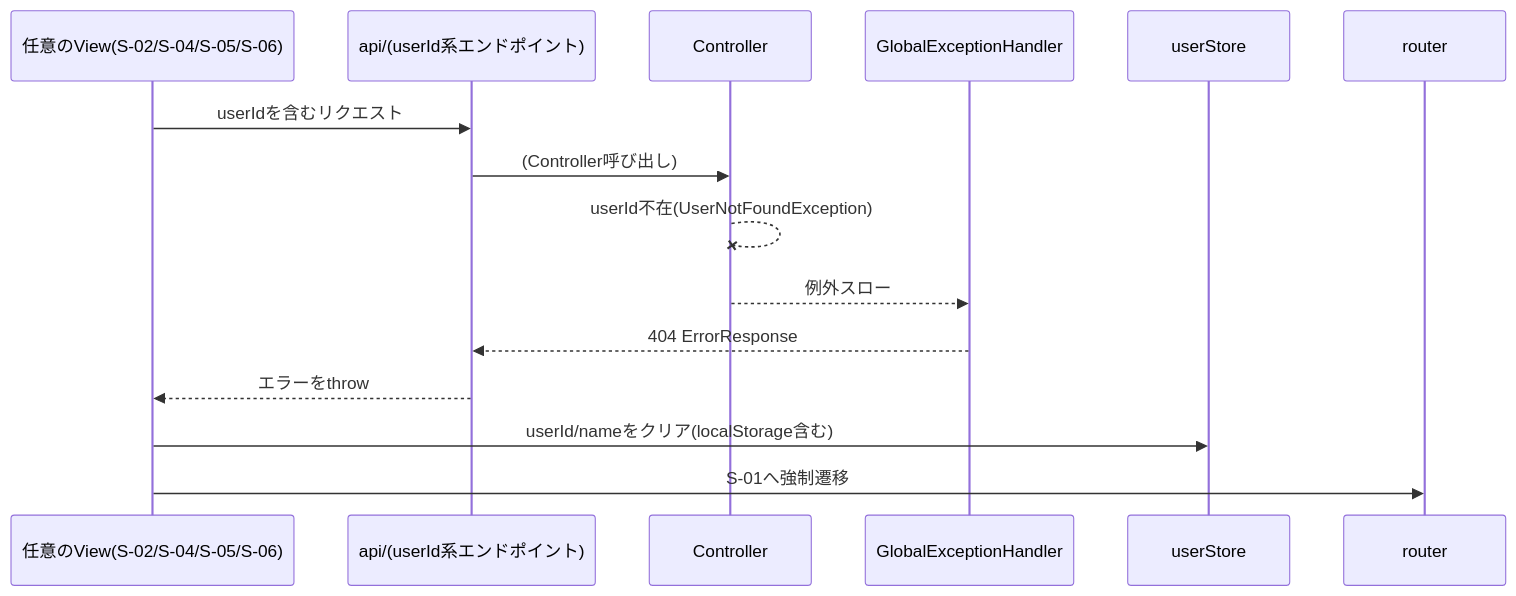
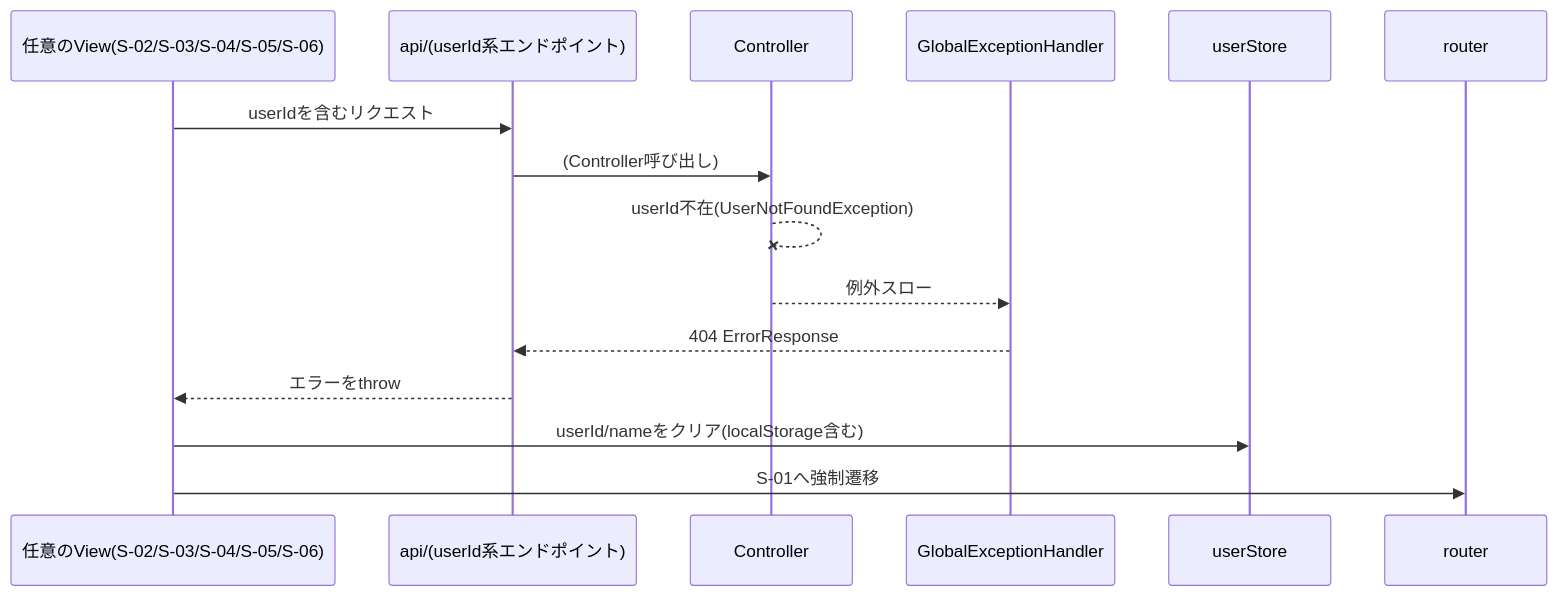
Before and after one commit to jelly1128/typing-app: the sixth of 7 diagrams in docs/30_detail-design/sequence.md, drawn with Mermaid. The commit also changed other lines of this file and 19 other files, not shown here.

````diff
--- a/docs/30_detail-design/sequence.md
+++ b/docs/30_detail-design/sequence.md
@@ -123,18 +146,18 @@
 ```mermaid
 sequenceDiagram
-    participant View as 任意のView(S-02/S-04/S-05/S-06)
+    participant View as 任意のView(S-02/S-03/S-04/S-05/S-06)
     participant Api as api/(userId系エンドポイント)
     participant Ctrl as Controller
     participant Handler as GlobalExceptionHandler
     participant UserStore as userStore
     participant Router as router
 
     View->>Api: userIdを含むリクエスト
     Api->>Ctrl: (Controller呼び出し)
     Ctrl--xCtrl: userId不在(UserNotFoundException)
     Ctrl-->>Handler: 例外スロー
     Handler-->>Api: 404 ErrorResponse
     Api-->>View: エラーをthrow
     View->>UserStore: userId/nameをクリア(localStorage含む)
     View->>Router: S-01へ強制遷移
 ```
````
